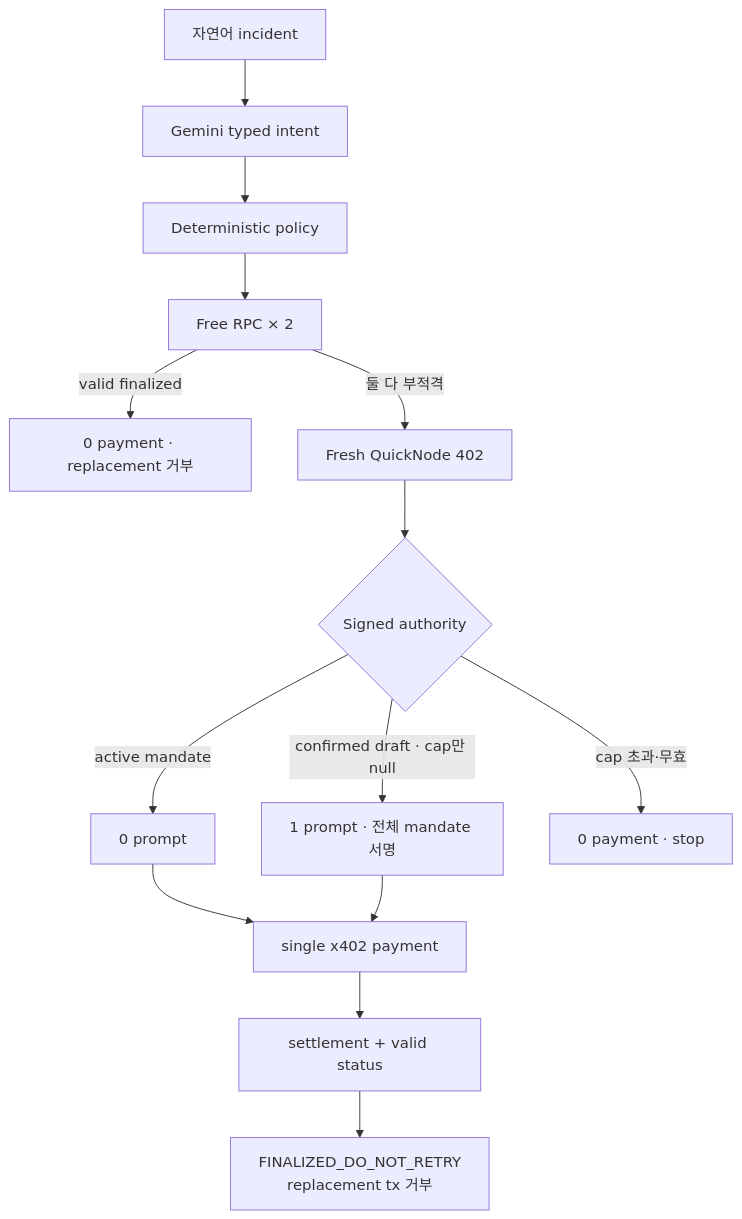
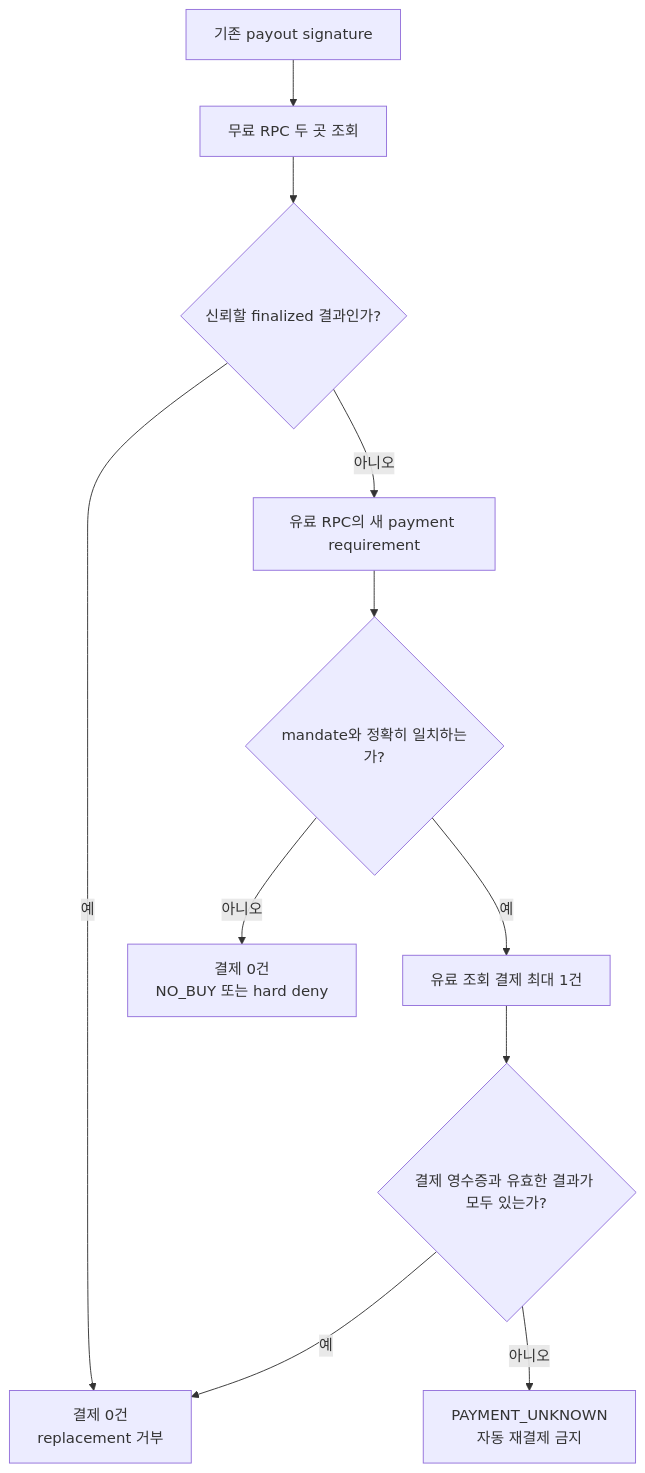
One commit to procloudkim/2026-Solana-Google changed the diagram in research/decision-report/rpc-rescue-core-prd.md. Above: the diagram before and after it, drawn with Mermaid. The commit also changed other lines of this file and 75 other files, not shown here.

````diff
--- a/research/decision-report/rpc-rescue-core-prd.md
+++ b/research/decision-report/rpc-rescue-core-prd.md
@@ -53,16 +37,13 @@
 ```mermaid
 flowchart TD
-    A["자연어 incident"] --> B["Gemini typed intent"]
-    B --> C["Deterministic policy"]
-    C --> D["Free RPC × 2"]
-    D -->|valid finalized| E["0 payment · replacement 거부"]
-    D -->|둘 다 부적격| F["Fresh QuickNode 402"]
-    F --> G{"Signed authority"}
-    G -->|active mandate| H["0 prompt"]
-    G -->|confirmed draft · cap만 null| I["1 prompt · 전체 mandate 서명"]
-    G -->|cap 초과·무효| J["0 payment · stop"]
-    H --> K["single x402 payment"]
-    I --> K
-    K --> L["settlement + valid status"]
-    L --> M["FINALIZED_DO_NOT_RETRY\nreplacement tx 거부"]
+    A["기존 payout signature"] --> B["무료 RPC 두 곳 조회"]
+    B --> C{"신뢰할 finalized 결과인가?"}
+    C -->|예| D["결제 0건<br/>replacement 거부"]
+    C -->|아니오| E["유료 RPC의 새 payment requirement"]
+    E --> F{"mandate와 정확히 일치하는가?"}
+    F -->|아니오| G["결제 0건<br/>NO_BUY 또는 hard deny"]
+    F -->|예| H["유료 조회 결제 최대 1건"]
+    H --> I{"결제 영수증과 유효한 결과가 모두 있는가?"}
+    I -->|예| D
+    I -->|아니오| J["PAYMENT_UNKNOWN<br/>자동 재결제 금지"]
 ```
````
